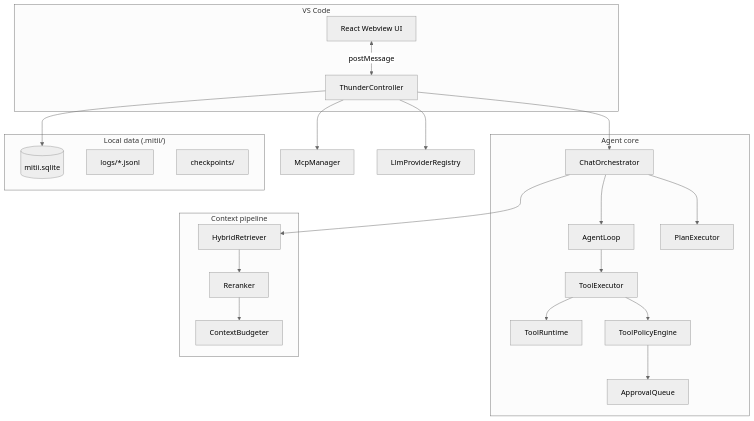
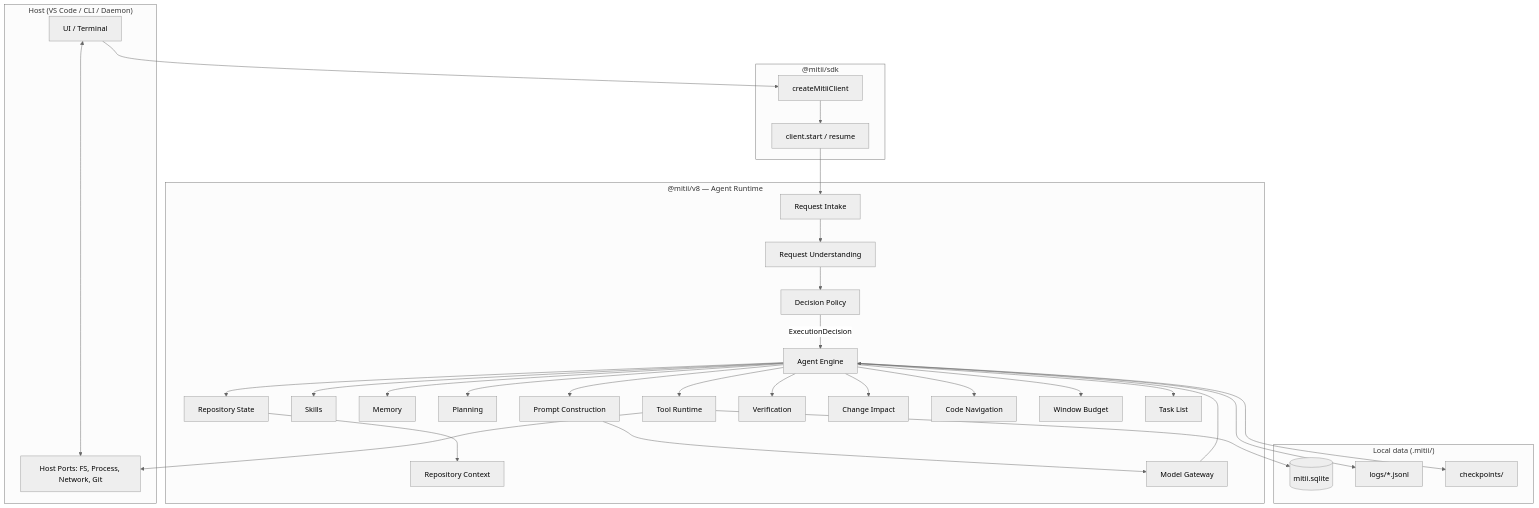
The diagram in docs/architecture.md (Mitii-dev/mitii-docs), drawn with Mermaid (neutral theme) before and after one commit. The commit also changed other lines of this file and 17 other files, not shown here.

````diff
--- a/docs/architecture.md
+++ b/docs/architecture.md
@@ -7,40 +13,60 @@
 ```mermaid
 flowchart TB
-  subgraph VSCode["VS Code"]
-    WV[React Webview UI]
-    TC[ThunderController]
-    WV <-->|postMessage| TC
+  subgraph Host["Host (VS Code / CLI / Daemon)"]
+    UI[UI / Terminal]
+    PORTS["Host Ports: FS, Process, Network, Git"]
+    UI <--> PORTS
   end
 
-  subgraph Core["Agent core"]
-    CO[ChatOrchestrator]
-    AL[AgentLoop]
-    PE[PlanExecutor]
-    TR[ToolRuntime]
-    TPE[ToolPolicyEngine]
-    AQ[ApprovalQueue]
-    TE[ToolExecutor]
+  subgraph SDK["@mitii/sdk"]
+    CLIENT[createMitiiClient]
+    START["client.start / resume"]
+    CLIENT --> START
+  end
+
+  subgraph V8["@mitii/v8 — Agent Runtime"]
+    INTAKE[Request Intake]
+    UNDERSTAND[Request Understanding]
+    DP[Decision Policy]
+    AE[Agent Engine]
+    REPO[Repository State]
+    CTX[Repository Context]
+    SKILLS[Skills]
+    MEM[Memory]
+    PLAN[Planning]
+    PROMPT[Prompt Construction]
+    MODEL[Model Gateway]
+    TR[Tool Runtime]
+    VERIFY[Verification]
+    CI[Change Impact]
+    CN[Code Navigation]
+    BUDGET[Window Budget]
+    TASK[Task List]
   end
 
   subgraph Data["Local data (.mitii/)"]
     SQL[(mitii.sqlite)]
     LOGS[logs/*.jsonl]
     CP[checkpoints/]
   end
 
-  subgraph Context["Context pipeline"]
-    HR[HybridRetriever]
-    CB[ContextBudgeter]
-    RR[Reranker]
-  end
-
-  TC --> CO
-  CO --> HR --> RR --> CB
-  CO --> AL
-  CO --> PE
-  AL --> TE --> TPE --> AQ
-  TE --> TR
-  TC --> SQL
-  TC --> MCP[McpManager]
-  TC --> LLM[LlmProviderRegistry]
+  UI --> CLIENT
+  START --> INTAKE --> UNDERSTAND --> DP
+  DP -->|ExecutionDecision| AE
+  AE --> REPO --> CTX
+  AE --> SKILLS
+  AE --> MEM
+  AE --> PLAN
+  AE --> BUDGET
+  AE --> PROMPT --> MODEL
+  MODEL --> AE
+  AE --> TR
+  TR --> PORTS
+  AE --> VERIFY
+  AE --> CI
+  AE --> CN
+  AE --> TASK
+  TR --> SQL
+  AE --> LOGS
+  AE --> CP
 ```
````
